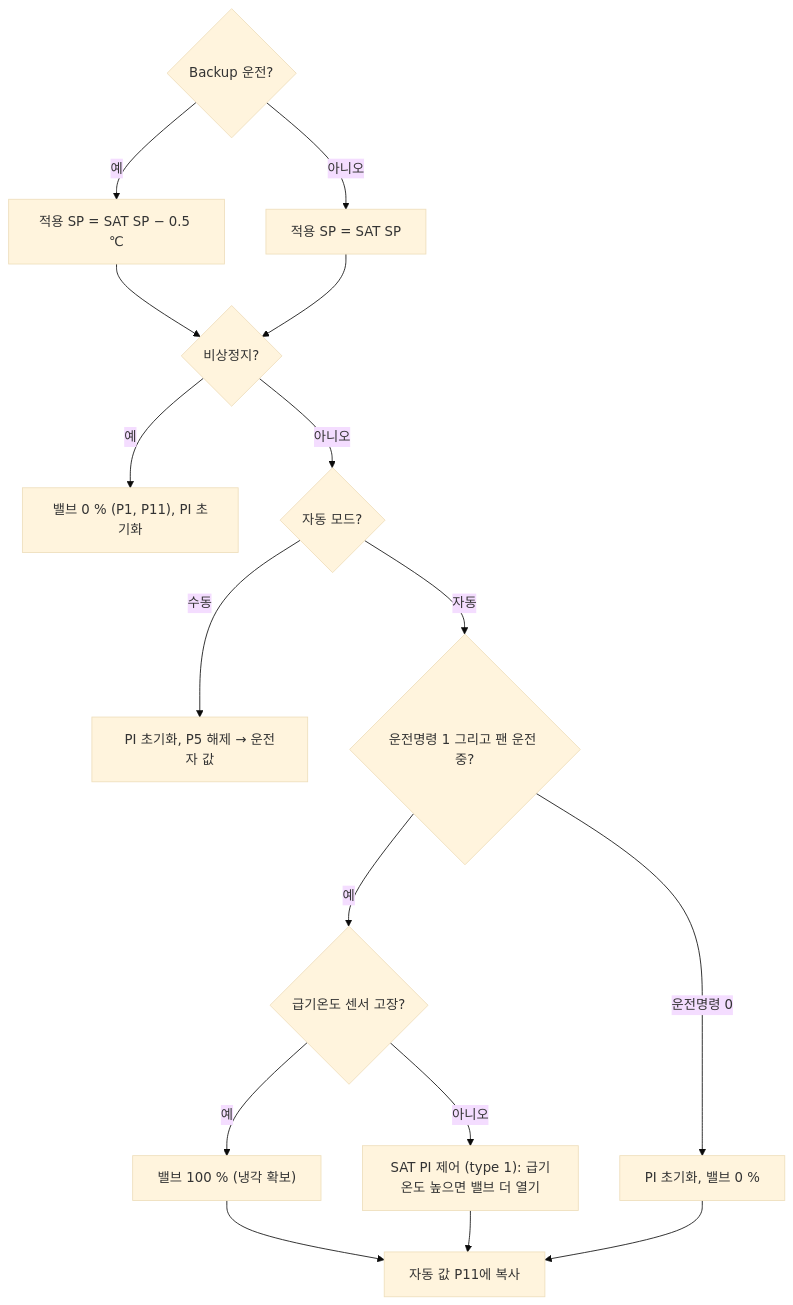
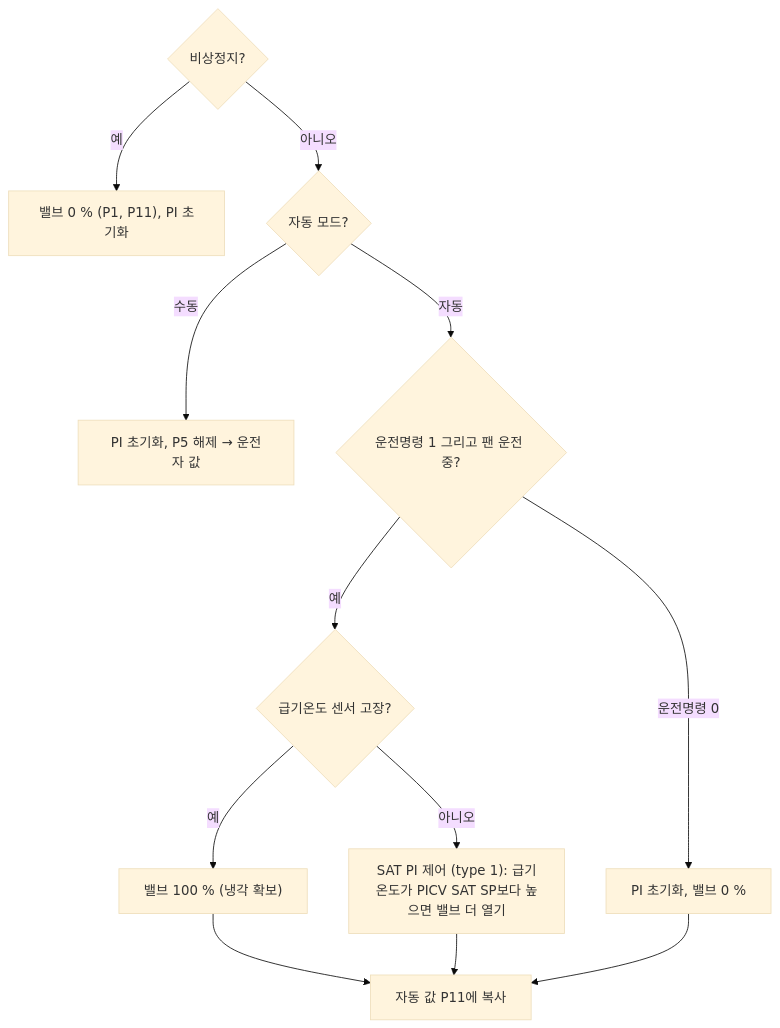
The seventh of 12 diagrams in FWU_Logic_초보자_설명서.md (joo001121-create/FWU-logic), drawn with Mermaid (base theme) before and after one commit. The commit also changed other lines of this file and 7 other files, not shown here.

````diff
--- a/FWU_Logic_초보자_설명서.md
+++ b/FWU_Logic_초보자_설명서.md
@@ -349,15 +344,12 @@
 ```mermaid
 flowchart TD
-    A{"Backup 운전?"} -->|"예"| A1["적용 SP = SAT SP − 0.5 ℃"]
-    A -->|"아니오"| A2["적용 SP = SAT SP"]
-    A1 & A2 --> B{"비상정지?"}
-    B -->|"예"| E["밸브 0 % (P1, P11), PI 초기화"]
+    B{"비상정지?"} -->|"예"| E["밸브 0 % (P1, P11), PI 초기화"]
     B -->|"아니오"| C{"자동 모드?"}
     C -->|"수동"| M["PI 초기화, P5 해제 → 운전자 값"]
     C -->|"자동"| D{"운전명령 1 그리고 팬 운전 중?"}
     D -->|"예"| F{"급기온도 센서 고장?"}
     F -->|"예"| F1["밸브 100 % (냉각 확보)"]
-    F -->|"아니오"| F2["SAT PI 제어 (type 1): 급기온도 높으면 밸브 더 열기"]
+    F -->|"아니오"| F2["SAT PI 제어 (type 1): 급기온도가 PICV SAT SP보다 높으면 밸브 더 열기"]
     D -->|"운전명령 0"| G["PI 초기화, 밸브 0 %"]
     F1 & F2 & G --> H["자동 값 P11에 복사"]
 ```
````
